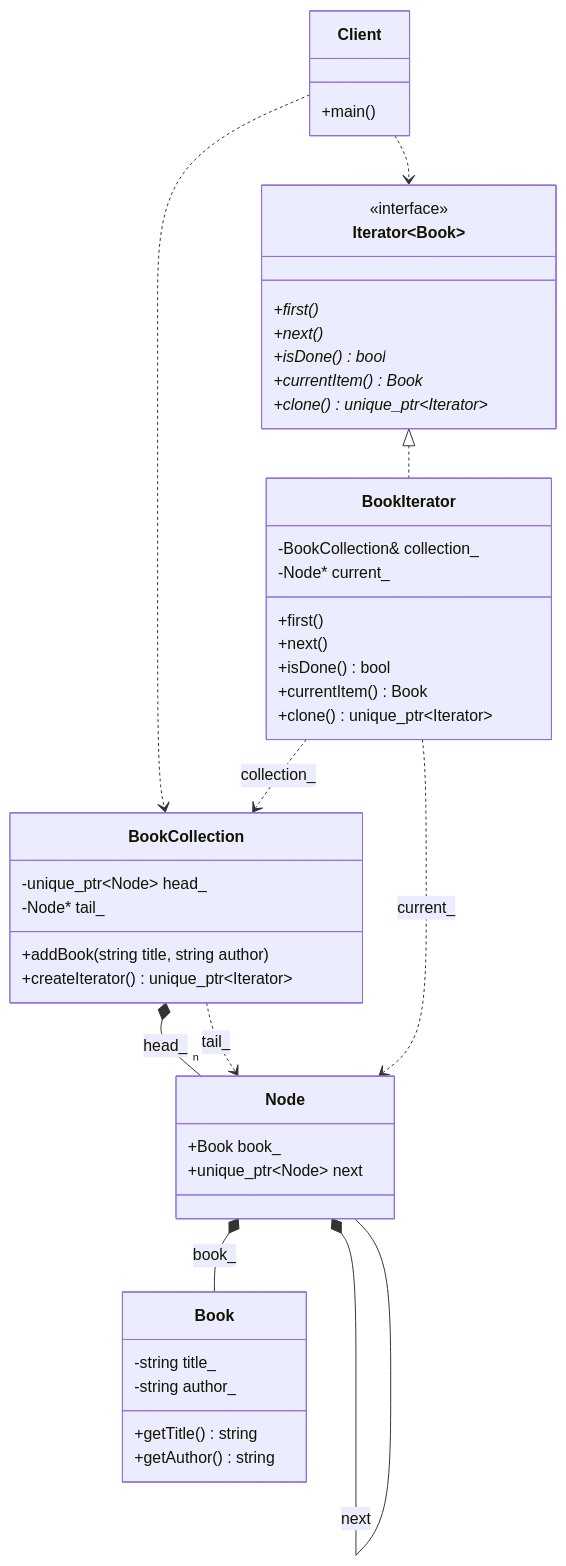
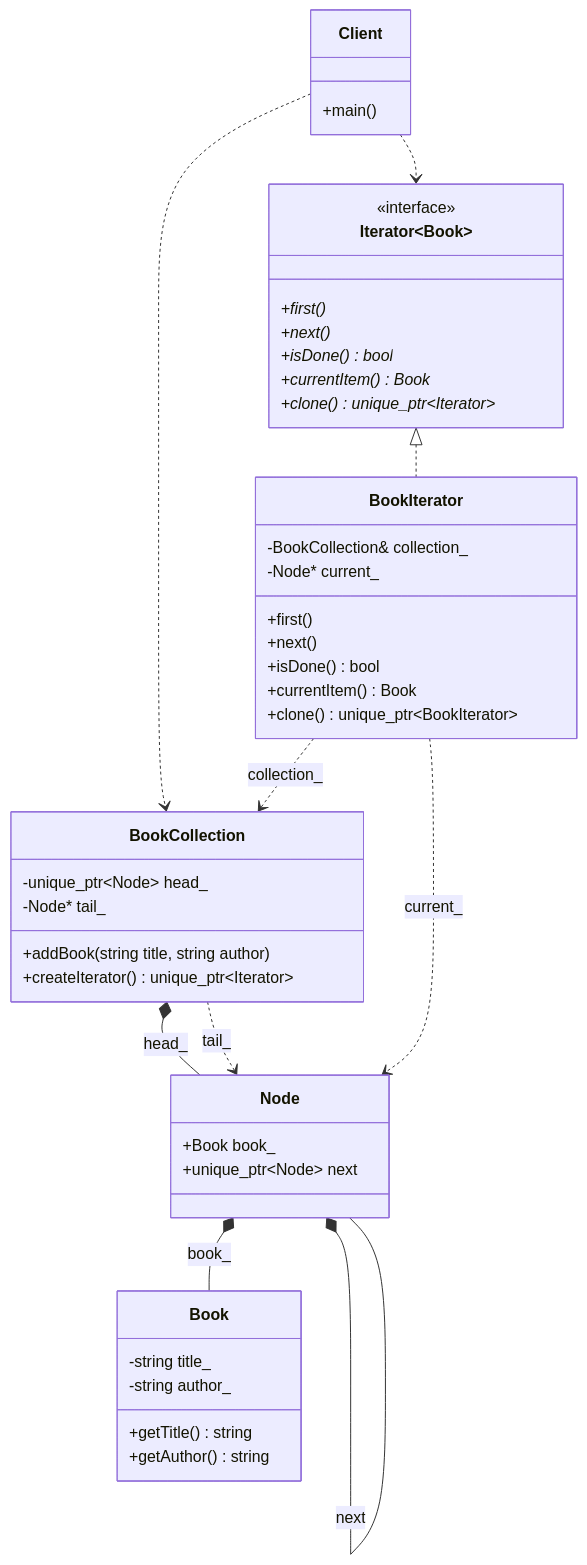
One commit to Cichlidfishexigency721/Modern-CPP-Design-Patterns changed the diagram in 21_Iterator/Iterator_GoF/diagram.md. Above: the diagram before and after it, drawn with Mermaid. The commit also changed 1 other file, not shown here.

Commit message:
Improvement in UML

````diff
--- a/21_Iterator/Iterator_GoF/diagram.md
+++ b/21_Iterator/Iterator_GoF/diagram.md
@@ -3,57 +3,57 @@
 ```mermaid
 classDiagram
     class Book {
         -string title_
         -string author_
         +getTitle() string
         +getAuthor() string
     }
 
     class Iterator~Book~ {
         <<interface>>
         +first()*
         +next()*
         +isDone()* bool
         +currentItem()* Book
         +clone()* unique_ptr~Iterator~
     }
 
     class Node {
         +Book book_
         +unique_ptr~Node~ next
     }
 
     class BookCollection {
         -unique_ptr~Node~ head_
         -Node* tail_
         +addBook(string title, string author)
         +createIterator() unique_ptr~Iterator~
     }
 
     class BookIterator {
         -BookCollection& collection_
         -Node* current_
         +first()
         +next()
         +isDone() bool
         +currentItem() Book
-        +clone() unique_ptr~Iterator~
+        +clone() unique_ptr~BookIterator~
     }
 
     class Client {
         +main()
     }
 
     Iterator~Book~ <|.. BookIterator
 
-    BookCollection *-- "n" Node : head_
+    BookCollection *-- Node : head_
     BookCollection ..> Node : tail_
     Node *-- Book : book_
     Node *-- Node : next
 
     BookIterator ..> BookCollection : collection_
     BookIterator ..> Node : current_
     
     Client ..> BookCollection
     Client ..> Iterator
 ```
````
